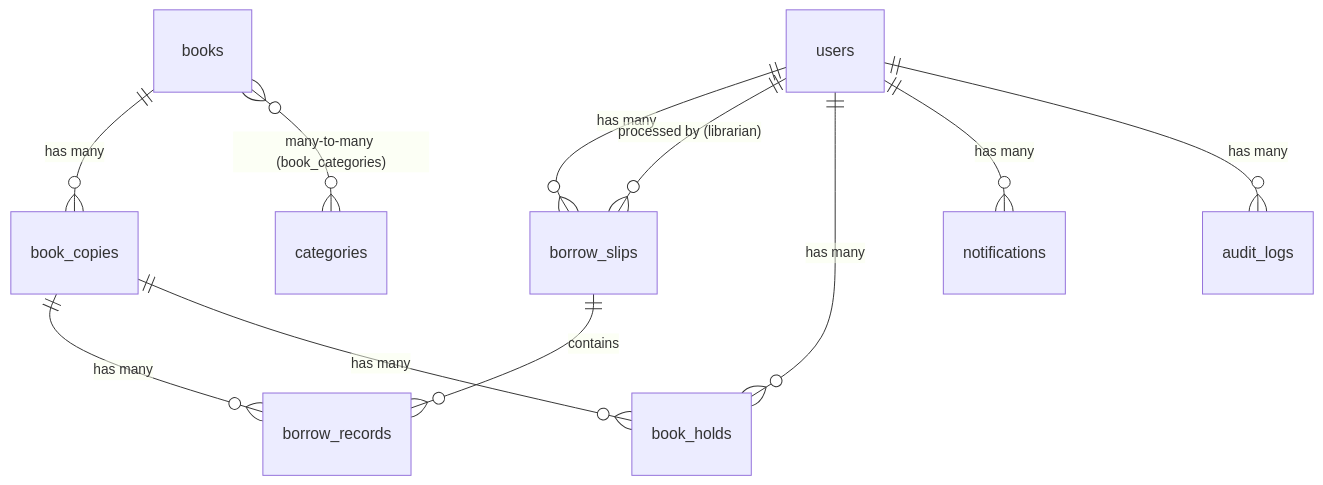
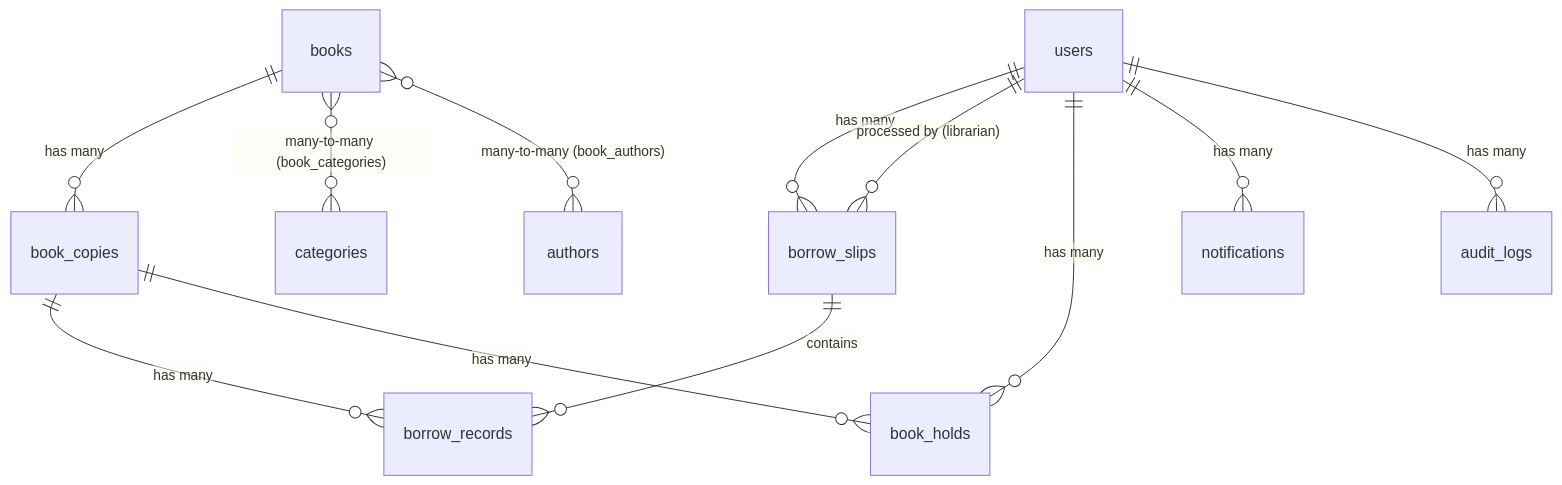
One commit to NHP234/ant changed the diagram in docs/DATABASE.md. Above: the diagram before and after it, drawn with Mermaid. The commit also changed other lines of this file and 18 other files, not shown here.

Commit message:
Update schema with seperation author table and seeding author data

````diff
--- a/docs/DATABASE.md
+++ b/docs/DATABASE.md
@@ -7,13 +7,14 @@
 ```mermaid
 erDiagram
     users ||--o{ borrow_slips : "has many"
     users ||--o{ borrow_slips : "processed by (librarian)"
     borrow_slips ||--o{ borrow_records : "contains"
     users ||--o{ book_holds : "has many"
     books ||--o{ book_copies : "has many"
     book_copies ||--o{ borrow_records : "has many"
     book_copies ||--o{ book_holds : "has many"
     books }o--o{ categories : "many-to-many (book_categories)"
+    books }o--o{ authors : "many-to-many (book_authors)"
     users ||--o{ notifications : "has many"
     users ||--o{ audit_logs : "has many"
 ```
````
